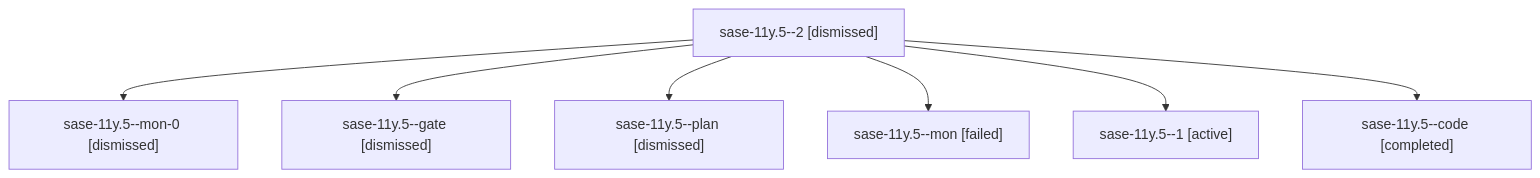
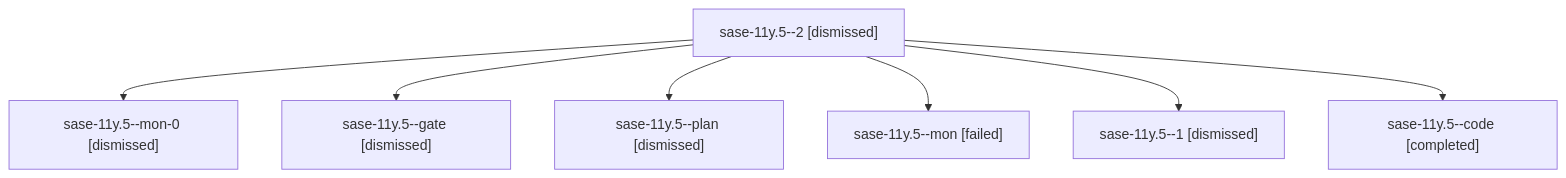
Before and after one commit to sase-org/sase--agents: the diagram in sessions/bbugyi200.athena.sase-11y.5.md, drawn with Mermaid. The commit also changed other lines of this file and 306 other files, not shown here.

````diff
--- a/sessions/bbugyi200.athena.sase-11y.5.md
+++ b/sessions/bbugyi200.athena.sase-11y.5.md
@@ -9,16 +9,16 @@
 ```mermaid
 flowchart TD
   n0["sase-11y.5--2 [dismissed]"]
   n1["sase-11y.5--mon-0 [dismissed]"]
   n0 --> n1
   n2["sase-11y.5--gate [dismissed]"]
   n0 --> n2
   n3["sase-11y.5--plan [dismissed]"]
   n0 --> n3
   n4["sase-11y.5--mon [failed]"]
   n0 --> n4
-  n5["sase-11y.5--1 [active]"]
+  n5["sase-11y.5--1 [dismissed]"]
   n0 --> n5
   n6["sase-11y.5--code [completed]"]
   n0 --> n6
 ```
````
